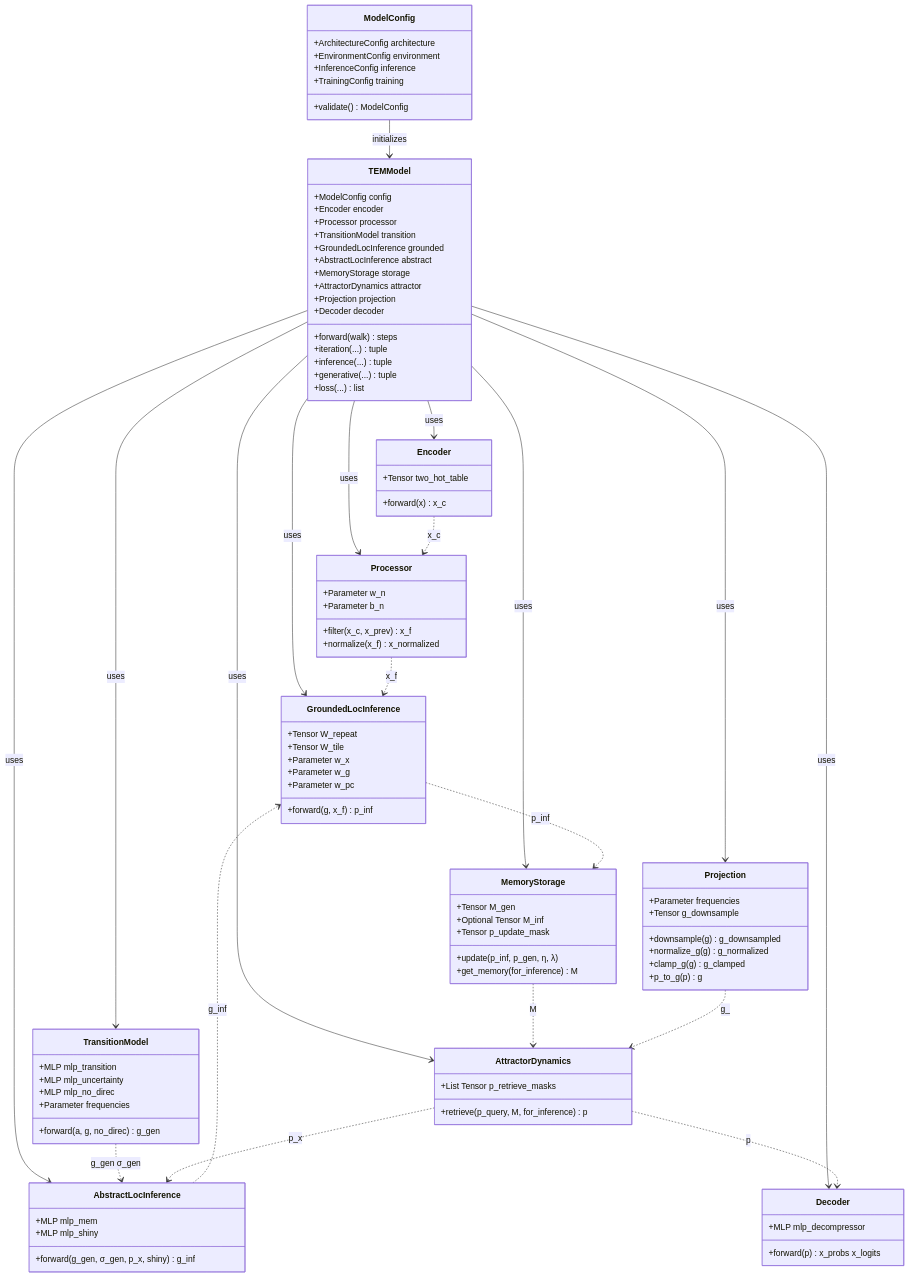
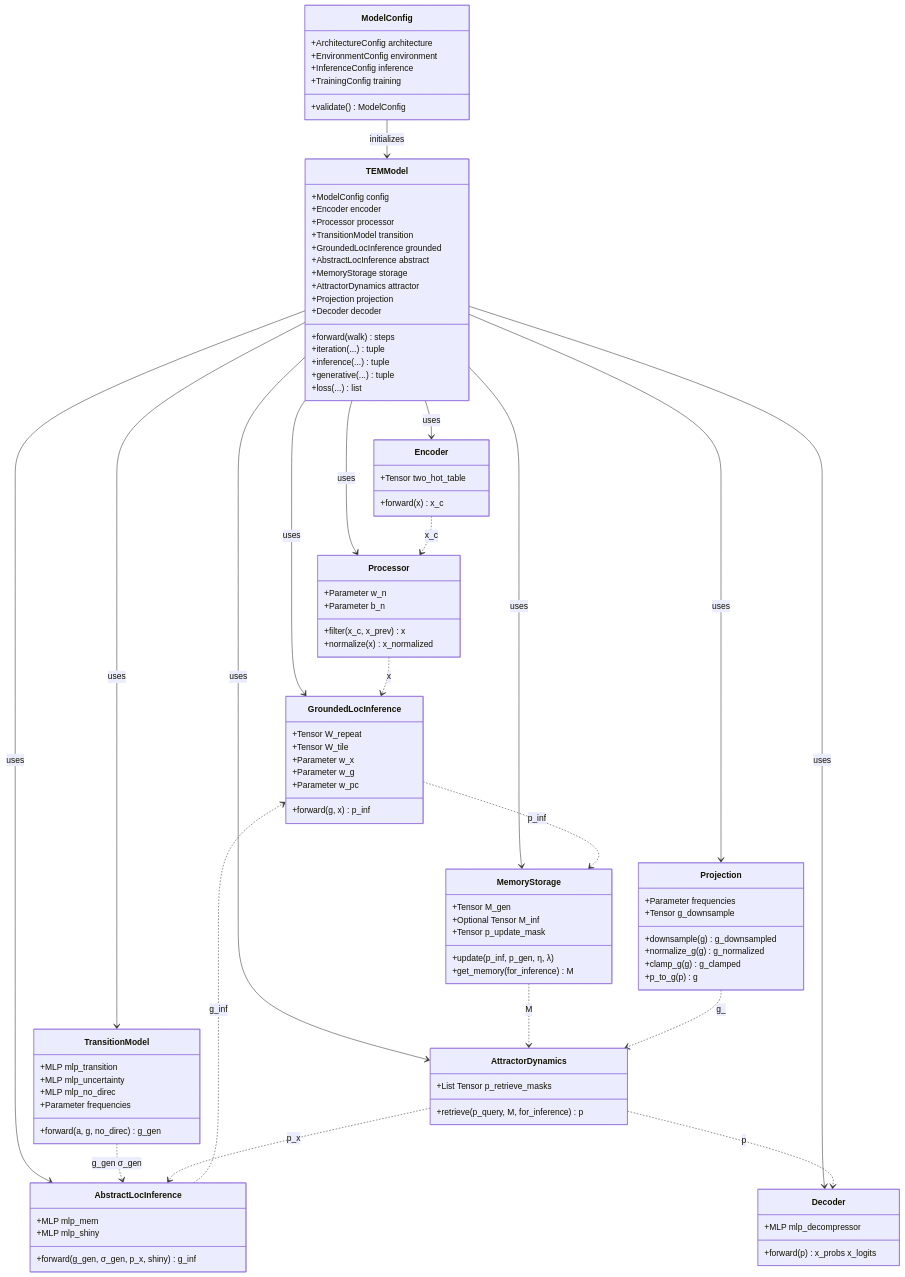
One commit to BorjaEst/tem changed the diagram in docs/component_relationships.mmd. Above: the diagram before and after it, drawn with Mermaid. The commit also changed 39 other files, not shown here.

```diff
--- a/docs/component_relationships.mmd
+++ b/docs/component_relationships.mmd
@@ -1,110 +1,110 @@
 %% Component Relationships and Dependencies
 classDiagram
     class ModelConfig {
         +ArchitectureConfig architecture
         +EnvironmentConfig environment
         +InferenceConfig inference
         +TrainingConfig training
         +validate() ModelConfig
     }
     
     class TEMModel {
         +ModelConfig config
         +Encoder encoder
         +Processor processor
         +TransitionModel transition
         +GroundedLocInference grounded
         +AbstractLocInference abstract
         +MemoryStorage storage
         +AttractorDynamics attractor
         +Projection projection
         +Decoder decoder
         +forward(walk) steps
         +iteration(...) tuple
         +inference(...) tuple
         +generative(...) tuple
         +loss(...) list
     }
     
     class Encoder {
         +Tensor two_hot_table
         +forward(x) x_c
     }
     
     class Processor {
         +Parameter w_n
         +Parameter b_n
-        +filter(x_c, x_prev) x_f
-        +normalize(x_f) x_normalized
+        +filter(x_c, x_prev) x
+        +normalize(x) x_normalized
     }
     
     class TransitionModel {
         +MLP mlp_transition
         +MLP mlp_uncertainty
         +MLP mlp_no_direc
         +Parameter frequencies
         +forward(a, g, no_direc) g_gen
     }
     
     class GroundedLocInference {
         +Tensor W_repeat
         +Tensor W_tile
         +Parameter w_x
         +Parameter w_g
         +Parameter w_pc
-        +forward(g, x_f) p_inf
+        +forward(g, x) p_inf
     }
     
     class AbstractLocInference {
         +MLP mlp_mem
         +MLP mlp_shiny
         +forward(g_gen, σ_gen, p_x, shiny) g_inf
     }
     
     class MemoryStorage {
         +Tensor M_gen
         +Optional Tensor M_inf
         +Tensor p_update_mask
         +update(p_inf, p_gen, η, λ)
         +get_memory(for_inference) M
     }
     
     class AttractorDynamics {
         +List Tensor p_retrieve_masks
         +retrieve(p_query, M, for_inference) p
     }
     
     class Projection {
         +Parameter frequencies
         +Tensor g_downsample
         +downsample(g) g_downsampled
         +normalize_g(g) g_normalized
         +clamp_g(g) g_clamped
         +p_to_g(p) g
     }
     
     class Decoder {
         +MLP mlp_decompressor
         +forward(p) x_probs x_logits
     }
     
     ModelConfig --> TEMModel : initializes
     TEMModel --> Encoder : uses
     TEMModel --> Processor : uses
     TEMModel --> TransitionModel : uses
     TEMModel --> GroundedLocInference : uses
     TEMModel --> AbstractLocInference : uses
     TEMModel --> MemoryStorage : uses
     TEMModel --> AttractorDynamics : uses
     TEMModel --> Projection : uses
     TEMModel --> Decoder : uses
     
     Encoder ..> Processor : x_c
-    Processor ..> GroundedLocInference : x_f
+    Processor ..> GroundedLocInference : x
     TransitionModel ..> AbstractLocInference : g_gen σ_gen
     AttractorDynamics ..> AbstractLocInference : p_x
     AbstractLocInference ..> GroundedLocInference : g_inf
     GroundedLocInference ..> MemoryStorage : p_inf
     AttractorDynamics ..> Decoder : p
     MemoryStorage ..> AttractorDynamics : M
     Projection ..> AttractorDynamics : g_
```
